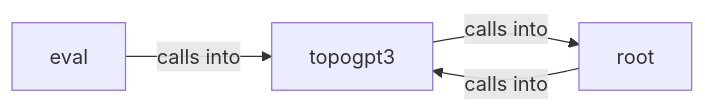
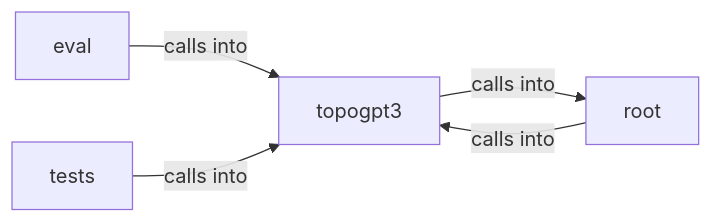
The diagram in readmenator-maps/md/readmenator-diagrams/topogpt3_model.md (grisuno/TopoGPT3), drawn with Mermaid before and after one commit. The commit also changed other lines of this file and 101 other files, not shown here.

````diff
--- a/readmenator-maps/md/readmenator-diagrams/topogpt3_model.md
+++ b/readmenator-maps/md/readmenator-diagrams/topogpt3_model.md
@@ -5,9 +5,11 @@
 ```mermaid
 graph LR
     eval["eval"]
     root["root"]
+    tests["tests"]
     topogpt3["topogpt3"]
     eval -- "calls into" --> topogpt3
     root -- "calls into" --> topogpt3
+    tests -- "calls into" --> topogpt3
     topogpt3 -- "calls into" --> root
 ```
````
